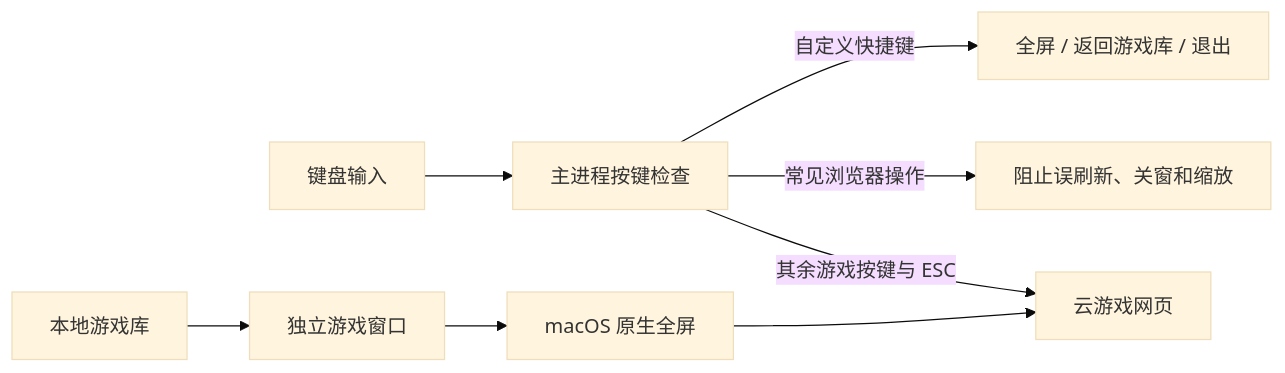
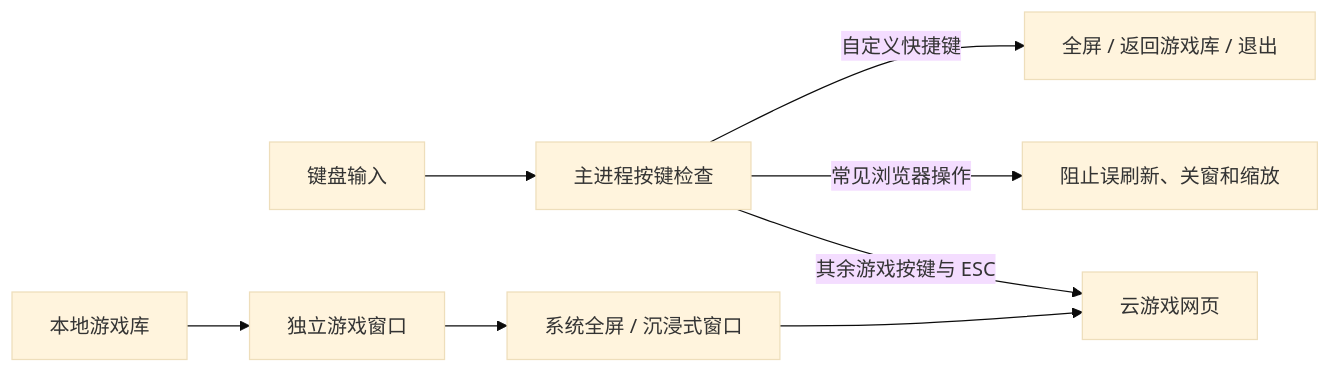
Before and after one commit to Tikzen/CloudBerth: the diagram in README.md, drawn with Mermaid (base theme). The commit also changed other lines of this file, not shown here.

````diff
--- a/README.md
+++ b/README.md
@@ -83,10 +86,10 @@
 ```mermaid
 flowchart LR
     Input[键盘输入] --> Filter[主进程按键检查]
     Filter -->|自定义快捷键| Shell[全屏 / 返回游戏库 / 退出]
     Filter -->|常见浏览器操作| Block[阻止误刷新、关窗和缩放]
     Filter -->|其余游戏按键与 ESC| Game[云游戏网页]
     Library[本地游戏库] --> Window[独立游戏窗口]
-    Window --> Fullscreen[macOS 原生全屏]
+    Window --> Fullscreen[系统全屏 / 沉浸式窗口]
     Fullscreen --> Game
 ```
````
